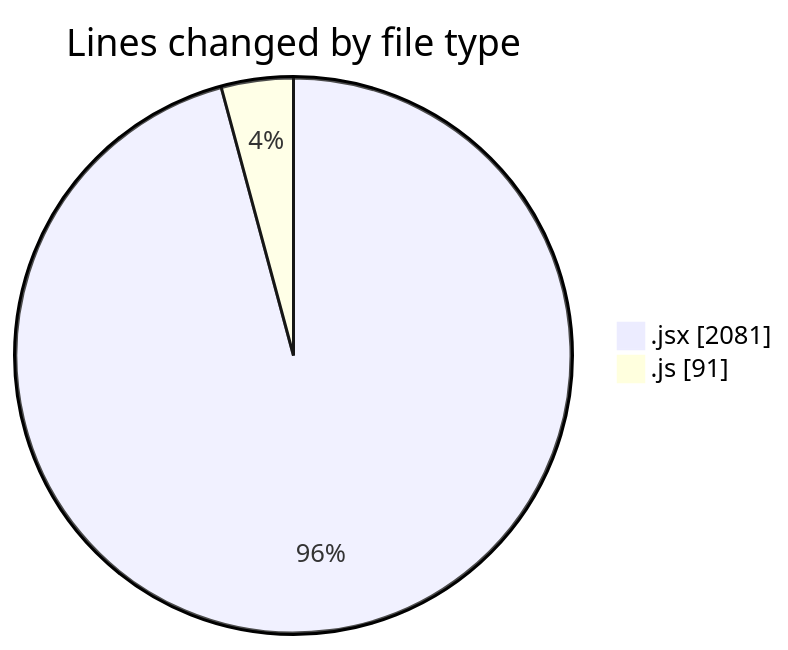
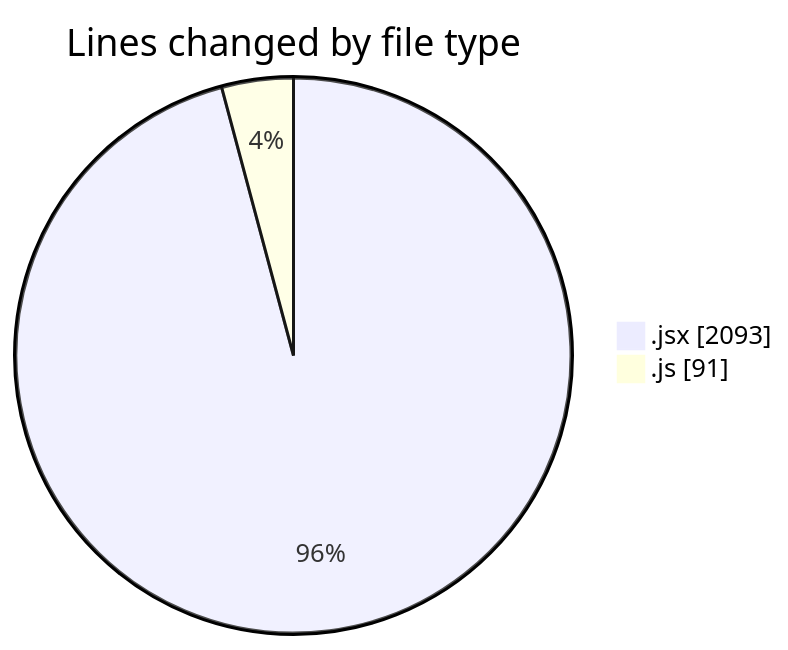
Before and after one commit to nxtqubesakshisongat/code-tracking: the first of 2 diagrams in 2025-07-07/argos/README.md, drawn with Mermaid. The commit also changed other lines of this file and 1 other file, not shown here.

````diff
--- a/2025-07-07/argos/README.md
+++ b/2025-07-07/argos/README.md
@@ -23,6 +23,6 @@
 ```mermaid
 pie showData
 title Lines changed by file type
-".jsx" : 2081
+".jsx" : 2093
 ".js" : 91
 ```
````
